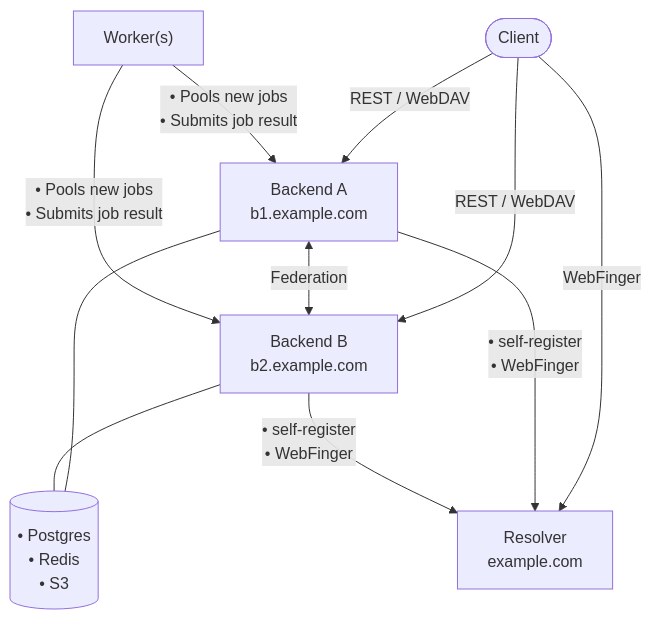
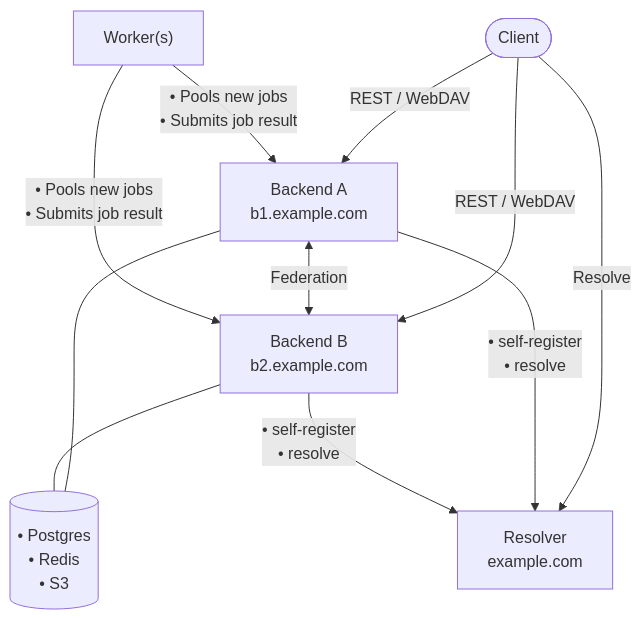
Before and after one commit to ClementGre/Archypix: the second of 2 diagrams in README.md, drawn with Mermaid. The commit also changed other lines of this file and 97 other files, not shown here.

````diff
--- a/README.md
+++ b/README.md
@@ -82,19 +83,19 @@
 ```mermaid
 graph TB
     client(["Client"])
     resolver["Resolver<br>example.com"]
     backA["Backend A<br>b1.example.com"]
     backB["Backend B<br>b2.example.com"]
     worker["Worker(s)"]
     storage[("• Postgres<br>• Redis<br>• S3")]
     client -->|" REST / WebDAV "| backA
     client -->|" REST / WebDAV "| backB
-    client -->|WebFinger| resolver
+    client -->|Resolve| resolver
     backA --- storage
     backB --- storage
     backA <-->|Federation| backB
-    backA -->|" • self-register<br>• WebFinger "| resolver
-    backB -->|" • self-register<br>• WebFinger "| resolver
+    backA -->|" • self-register<br>• resolve "| resolver
+    backB -->|" • self-register<br>• resolve "| resolver
     worker -->|" • Pools new jobs<br>• Submits job result "| backA
     worker -->|" • Pools new jobs<br>• Submits job result "| backB
 ```
````
